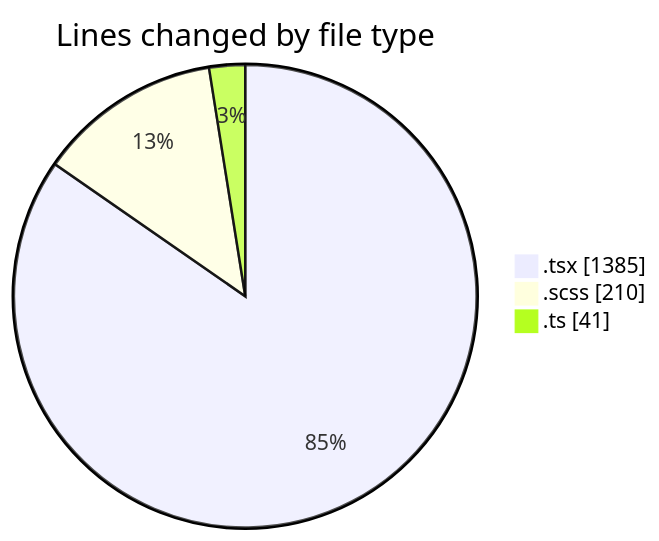
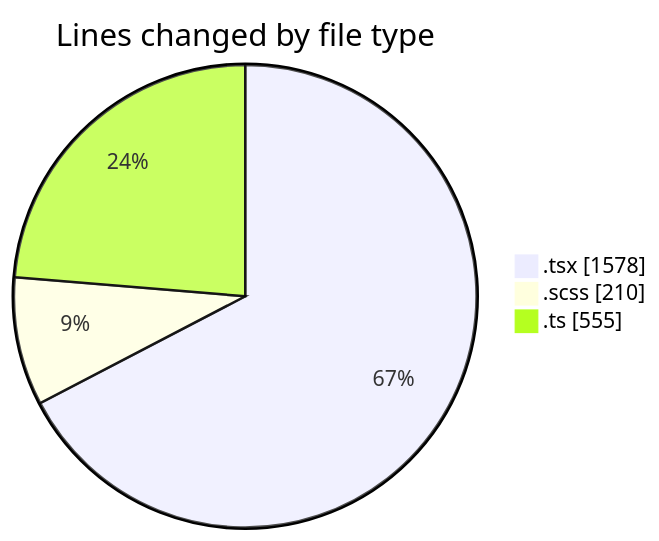
The first of 2 diagrams in 2026-05-11/cda/README.md (momahboobian/code-tracking), drawn with Mermaid before and after one commit. The commit also changed other lines of this file and 1 other file, not shown here.

````diff
--- a/2026-05-11/cda/README.md
+++ b/2026-05-11/cda/README.md
@@ -31,7 +33,7 @@
 ```mermaid
 pie showData
 title Lines changed by file type
-".tsx" : 1385
+".tsx" : 1578
 ".scss" : 210
-".ts" : 41
+".ts" : 555
 ```
````
